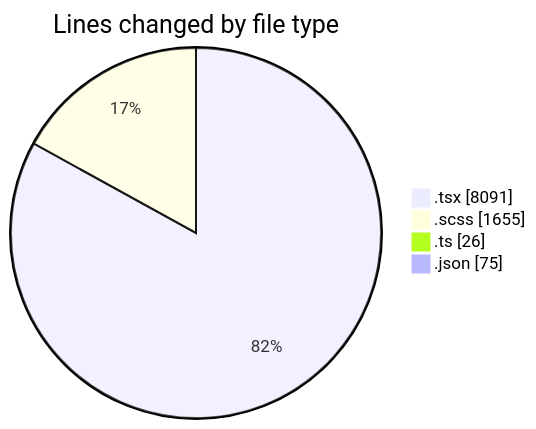
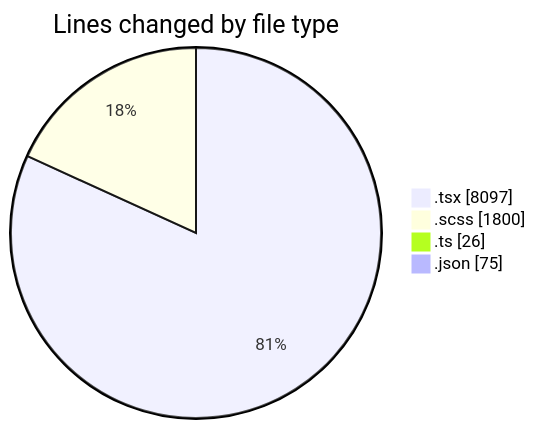
Before and after one commit to momahboobian/code-tracking: the first of 2 diagrams in 2025-04-09/cda/README.md, drawn with Mermaid. The commit also changed other lines of this file and 1 other file, not shown here.

````diff
--- a/2025-04-09/cda/README.md
+++ b/2025-04-09/cda/README.md
@@ -47,8 +47,8 @@
 ```mermaid
 pie showData
 title Lines changed by file type
-".tsx" : 8091
-".scss" : 1655
+".tsx" : 8097
+".scss" : 1800
 ".ts" : 26
 ".json" : 75
 ```
````
